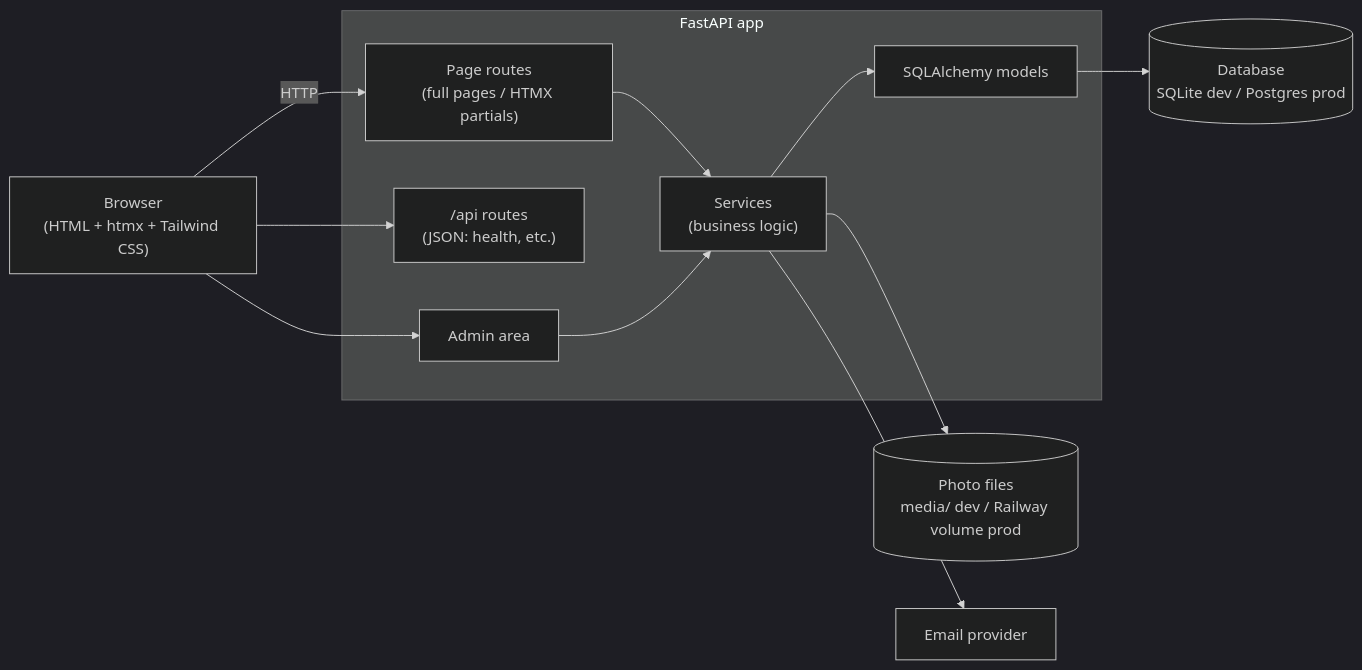
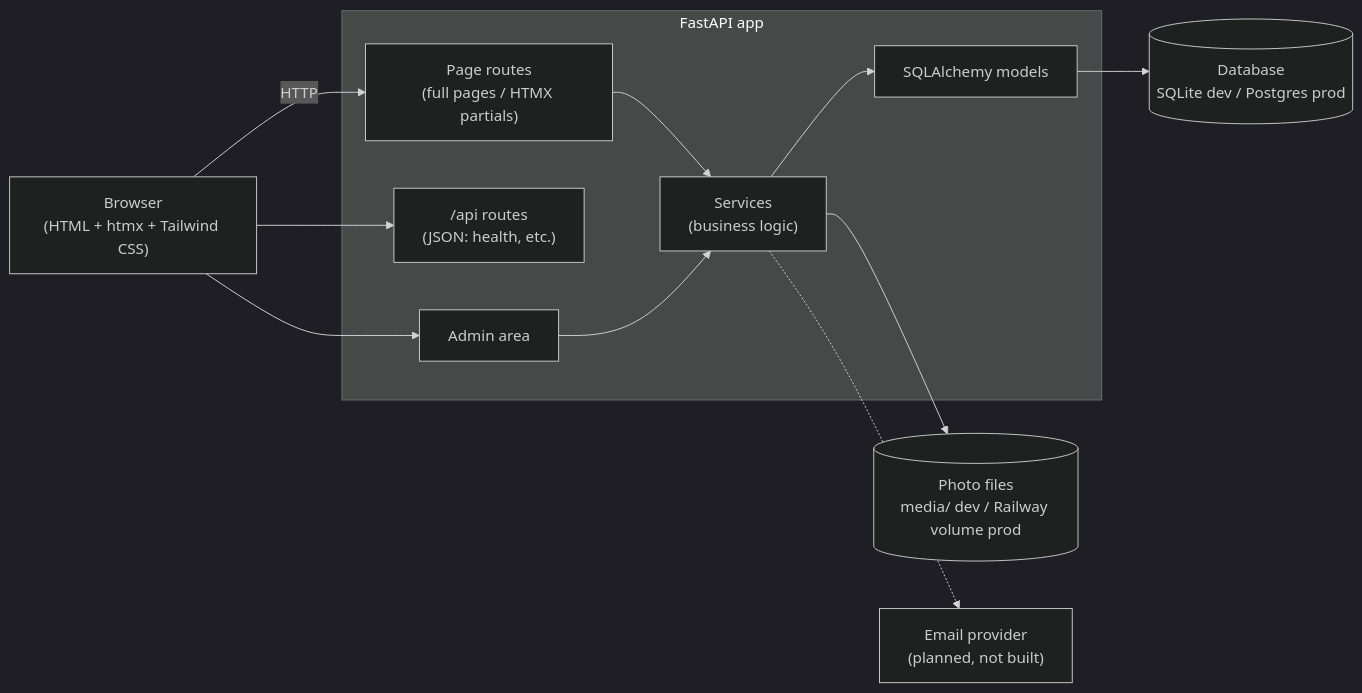
Before and after one commit to zarekcodes/makarios-luxury: the first of 2 diagrams in docs/ARCHITECTURE.md, drawn with Mermaid (dark theme). The commit also changed other lines of this file and 8 other files, not shown here.

````diff
--- a/docs/ARCHITECTURE.md
+++ b/docs/ARCHITECTURE.md
@@ -9,23 +9,23 @@
 ```mermaid
 flowchart LR
     Browser["Browser<br/>(HTML + htmx + Tailwind CSS)"]
     subgraph Server["FastAPI app"]
         Pages["Page routes<br/>(full pages / HTMX partials)"]
         API["/api routes<br/>(JSON: health, etc.)"]
         Admin["Admin area"]
         Services["Services<br/>(business logic)"]
         Models["SQLAlchemy models"]
     end
     DB[("Database<br/>SQLite dev / Postgres prod")]
     Media[("Photo files<br/>media/ dev / Railway volume prod")]
-    Email["Email provider"]
+    Email["Email provider<br/>(planned, not built)"]
 
     Browser -->|HTTP| Pages
     Browser --> API
     Browser --> Admin
     Pages --> Services
     Admin --> Services
     Services --> Models --> DB
     Services --> Media
-    Services --> Email
+    Services -.-> Email
 ```
````
